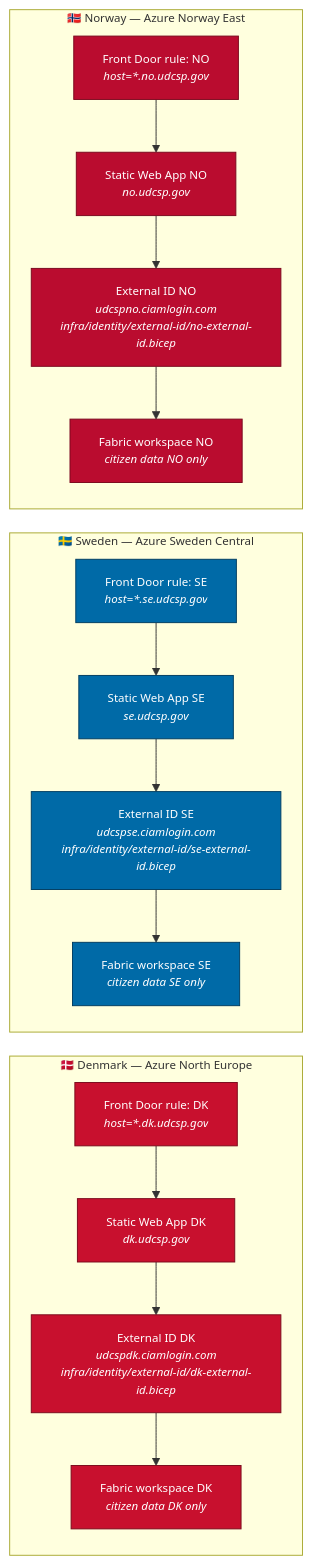
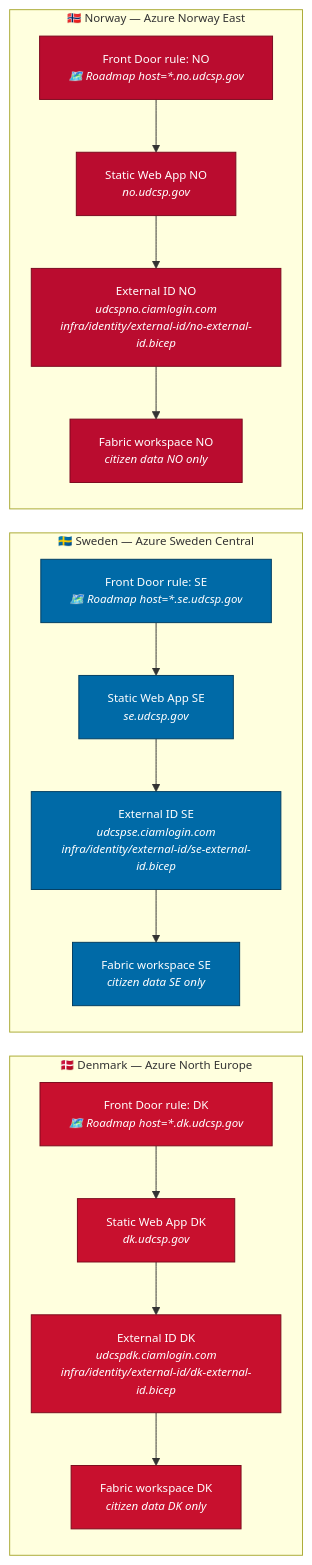
The third of 4 diagrams in docs/biz/web.md (fredgis/UDCSP), drawn with Mermaid before and after one commit. The commit also changed other lines of this file and 37 other files, not shown here.

````diff
--- a/docs/biz/web.md
+++ b/docs/biz/web.md
@@ -315,38 +334,38 @@
 ```mermaid
 %%{ init: { 'flowchart': { 'nodeSpacing': 25, 'rankSpacing': 30 }, 'themeVariables': { 'fontSize': '12px' } } }%%
 flowchart LR
     subgraph DK["🇩🇰 Denmark — Azure North Europe"]
         SWA_DK["Static Web App DK<br/><i>dk.udcsp.gov</i>"]
         EID_DK["External ID DK<br/><i>udcspdk.ciamlogin.com</i><br/><i>infra/identity/external-id/dk-external-id.bicep</i>"]
-        AFD_DK["Front Door rule: DK<br/><i>host=*.dk.udcsp.gov</i>"]
+        AFD_DK["Front Door rule: DK<br/><i>🗺️ Roadmap host=*.dk.udcsp.gov</i>"]
         FAB_DK["Fabric workspace DK<br/><i>citizen data DK only</i>"]
     end
 
     subgraph SE["🇸🇪 Sweden — Azure Sweden Central"]
         SWA_SE["Static Web App SE<br/><i>se.udcsp.gov</i>"]
         EID_SE["External ID SE<br/><i>udcspse.ciamlogin.com</i><br/><i>infra/identity/external-id/se-external-id.bicep</i>"]
-        AFD_SE["Front Door rule: SE<br/><i>host=*.se.udcsp.gov</i>"]
+        AFD_SE["Front Door rule: SE<br/><i>🗺️ Roadmap host=*.se.udcsp.gov</i>"]
         FAB_SE["Fabric workspace SE<br/><i>citizen data SE only</i>"]
     end
 
     subgraph NO["🇳🇴 Norway — Azure Norway East"]
         SWA_NO["Static Web App NO<br/><i>no.udcsp.gov</i>"]
         EID_NO["External ID NO<br/><i>udcspno.ciamlogin.com</i><br/><i>infra/identity/external-id/no-external-id.bicep</i>"]
-        AFD_NO["Front Door rule: NO<br/><i>host=*.no.udcsp.gov</i>"]
+        AFD_NO["Front Door rule: NO<br/><i>🗺️ Roadmap host=*.no.udcsp.gov</i>"]
         FAB_NO["Fabric workspace NO<br/><i>citizen data NO only</i>"]
     end
 
     SWA_DK --> EID_DK --> FAB_DK
     AFD_DK --> SWA_DK
     SWA_SE --> EID_SE --> FAB_SE
     AFD_SE --> SWA_SE
     SWA_NO --> EID_NO --> FAB_NO
     AFD_NO --> SWA_NO
 
     classDef dk fill:#C8102E,stroke:#7a0a1c,color:#fff
     classDef se fill:#006AA7,stroke:#003d61,color:#fff
     classDef no fill:#BA0C2F,stroke:#7a081e,color:#fff
     class SWA_DK,EID_DK,AFD_DK,FAB_DK dk
     class SWA_SE,EID_SE,AFD_SE,FAB_SE se
     class SWA_NO,EID_NO,AFD_NO,FAB_NO no
 ```
````
